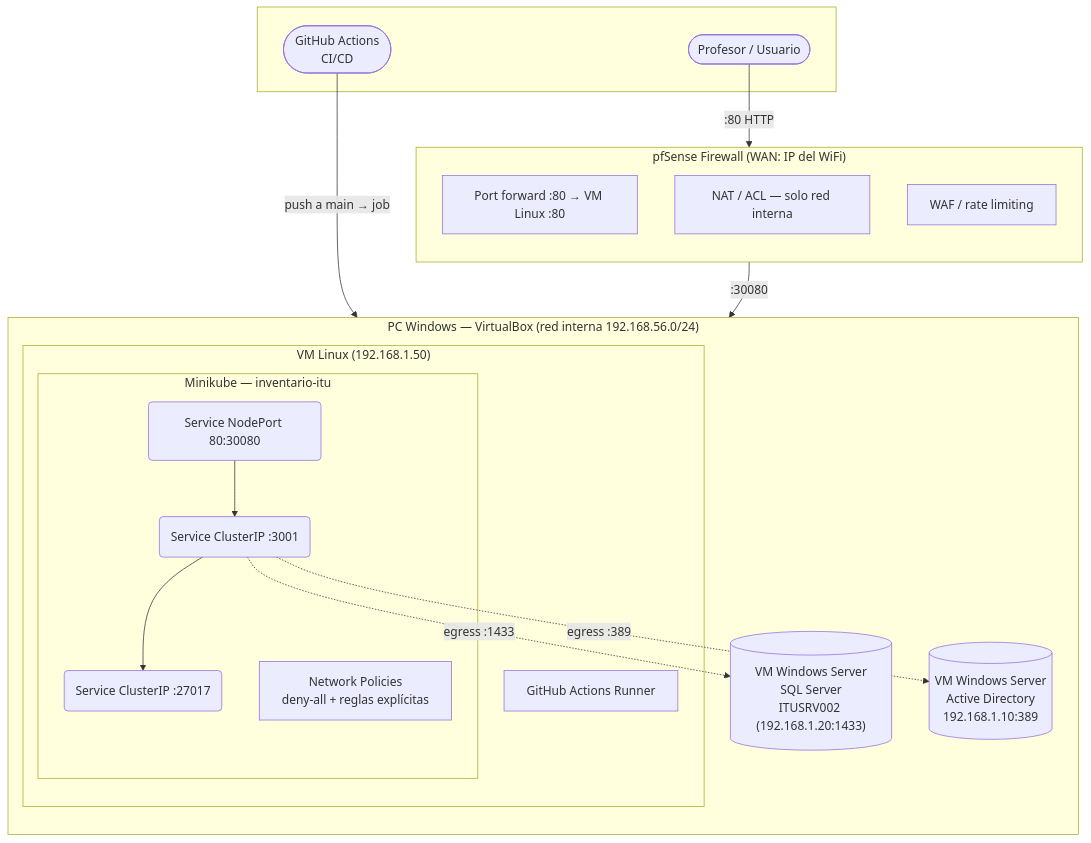
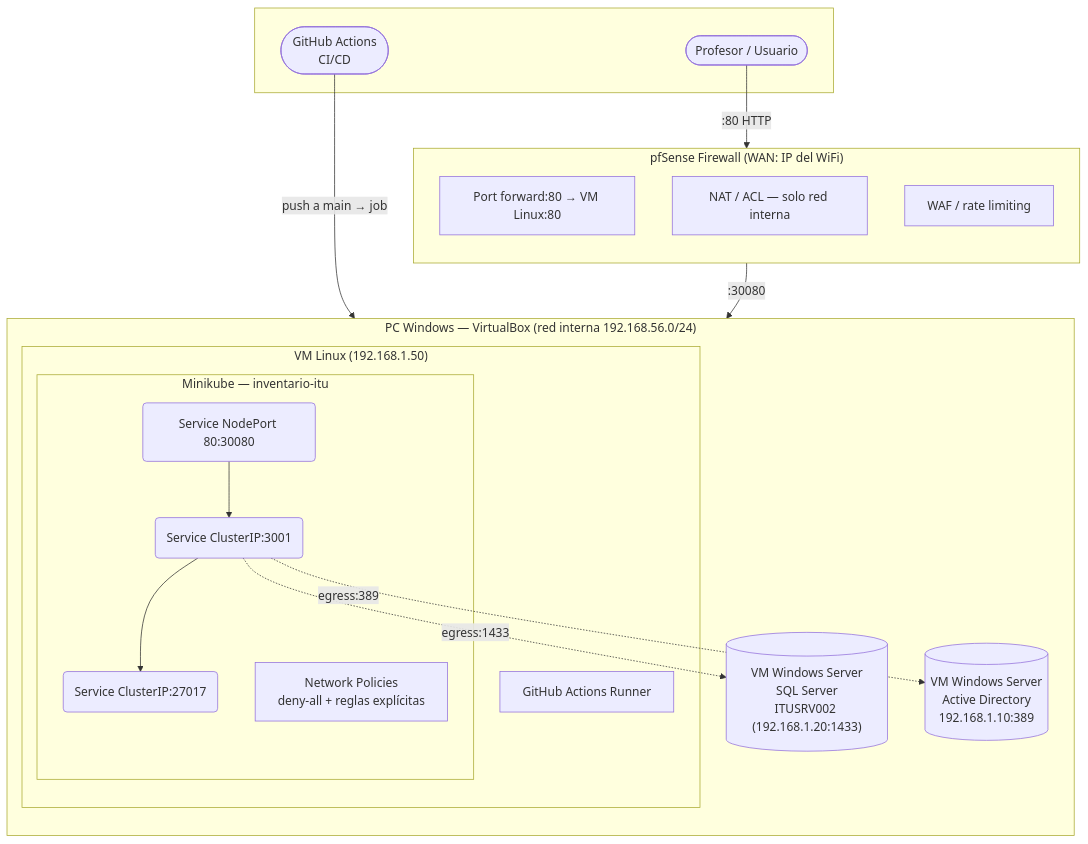
One commit to CesarMarinMorla/egi changed the diagram in docs/despliegue/produccion.md. Above: the diagram before and after it, drawn with Mermaid. The commit also changed other lines of this file and 22 other files, not shown here.

````diff
--- a/docs/despliegue/produccion.md
+++ b/docs/despliegue/produccion.md
@@ -7,39 +7,39 @@
 ```mermaid
 flowchart TB
-    subgraph External[" "]
-        User(["Profesor / Usuario"])
-        GH(["GitHub Actions\nCI/CD"])
-    end
+ subgraph External[" "]
+ User(["Profesor / Usuario"])
+ GH(["GitHub Actions\nCI/CD"])
+ end
 
-    subgraph FW["pfSense Firewall (WAN: IP del WiFi)"]
-        direction TB
-        TLS["Port forward :80 → VM Linux :80"]
-        NAT["NAT / ACL — solo red interna"]
-        WAF["WAF / rate limiting"]
-    end
+ subgraph FW["pfSense Firewall (WAN: IP del WiFi)"]
+ direction TB
+ TLS["Port forward:80 → VM Linux:80"]
+ NAT["NAT / ACL — solo red interna"]
+ WAF["WAF / rate limiting"]
+ end
 
-    subgraph VBox["PC Windows — VirtualBox (red interna 192.168.56.0/24)"]
-        direction TB
+ subgraph VBox["PC Windows — VirtualBox (red interna 192.168.56.0/24)"]
+ direction TB
 
-        subgraph Linux["VM Linux (192.168.1.50)"]
-            Runner["GitHub Actions Runner"]
-            subgraph Cluster["Minikube — inventario-itu"]
-                WebSvc("Service NodePort 80:30080")
-                BeSvc("Service ClusterIP :3001")
-                MongoSvc("Service ClusterIP :27017")
-                NP["Network Policies\ndeny-all + reglas explícitas"]
-            end
-        end
+ subgraph Linux["VM Linux (192.168.1.50)"]
+ Runner["GitHub Actions Runner"]
+ subgraph Cluster["Minikube — inventario-itu"]
+ WebSvc("Service NodePort 80:30080")
+ BeSvc("Service ClusterIP:3001")
+ MongoSvc("Service ClusterIP:27017")
+ NP["Network Policies\ndeny-all + reglas explícitas"]
+ end
+ end
 
-        SQL[("VM Windows Server\nSQL Server\nITUSRV002 (192.168.1.20:1433)")]
-        AD[("VM Windows Server\nActive Directory\n192.168.1.10:389")]
-    end
+ SQL[("VM Windows Server\nSQL Server\nITUSRV002 (192.168.1.20:1433)")]
+ AD[("VM Windows Server\nActive Directory\n192.168.1.10:389")]
+ end
 
-    User -->|":80 HTTP"| TLS
-    GH -->|"push a main → job"| Runner
-    TLS -->|":30080"| WebSvc
-    WebSvc --> BeSvc
-    BeSvc --> MongoSvc
-    BeSvc -.->|"egress :1433"| SQL
-    BeSvc -.->|"egress :389"| AD
+ User -->|":80 HTTP"| TLS
+ GH -->|"push a main → job"| Runner
+ TLS -->|":30080"| WebSvc
+ WebSvc --> BeSvc
+ BeSvc --> MongoSvc
+ BeSvc -.->|"egress:1433"| SQL
+ BeSvc -.->|"egress:389"| AD
 ```
````
